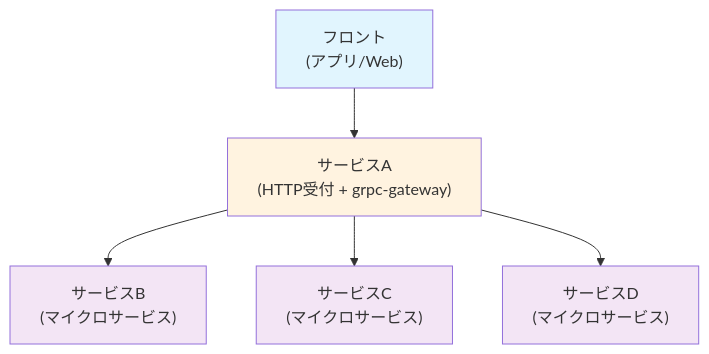
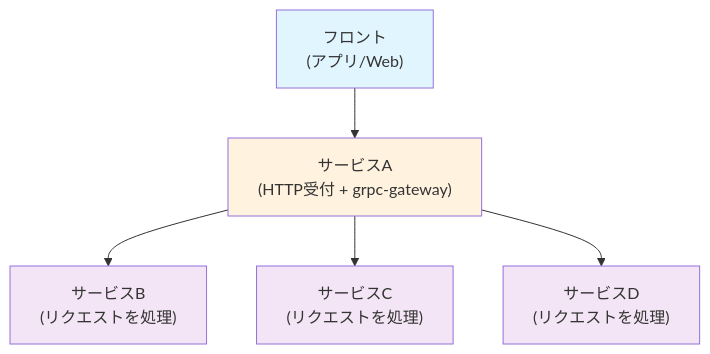
The diagram in articles/0d30698e6b1b57.md (k3forx/zenn), drawn with Mermaid before and after one commit. The commit also changed other lines of this file, not shown here.

````diff
--- a/articles/0d30698e6b1b57.md
+++ b/articles/0d30698e6b1b57.md
@@ -26,13 +35,13 @@
 ```mermaid
 graph TD
     A["フロント<br/>(アプリ/Web)"] --> B["サービスA<br/>(HTTP受付 + grpc-gateway)"]
-    B --> C["サービスB<br/>(マイクロサービス)"]
-    B --> D["サービスC<br/>(マイクロサービス)"]
-    B --> E["サービスD<br/>(マイクロサービス)"]
+    B --> C["サービスB<br/>(リクエストを処理)"]
+    B --> D["サービスC<br/>(リクエストを処理)"]
+    B --> E["サービスD<br/>(リクエストを処理)"]
 
     style A fill:#e1f5fe
     style B fill:#fff3e0
     style C fill:#f3e5f5
     style D fill:#f3e5f5
     style E fill:#f3e5f5
 ```
````
